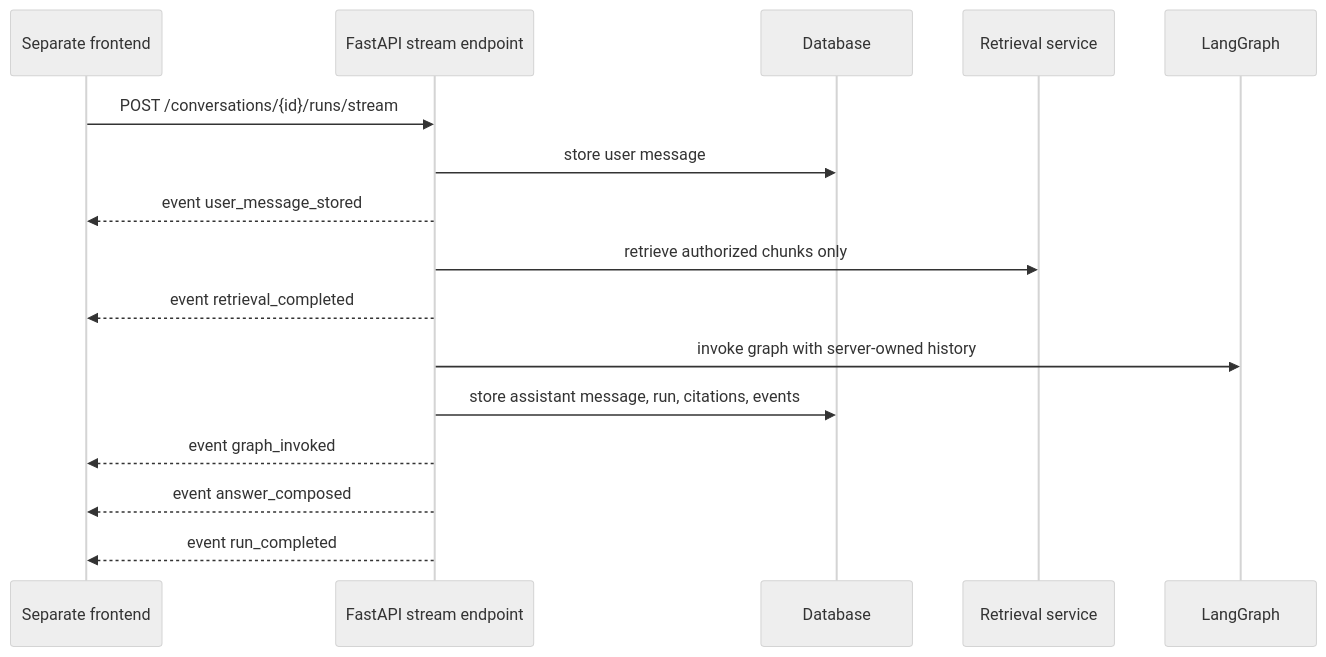
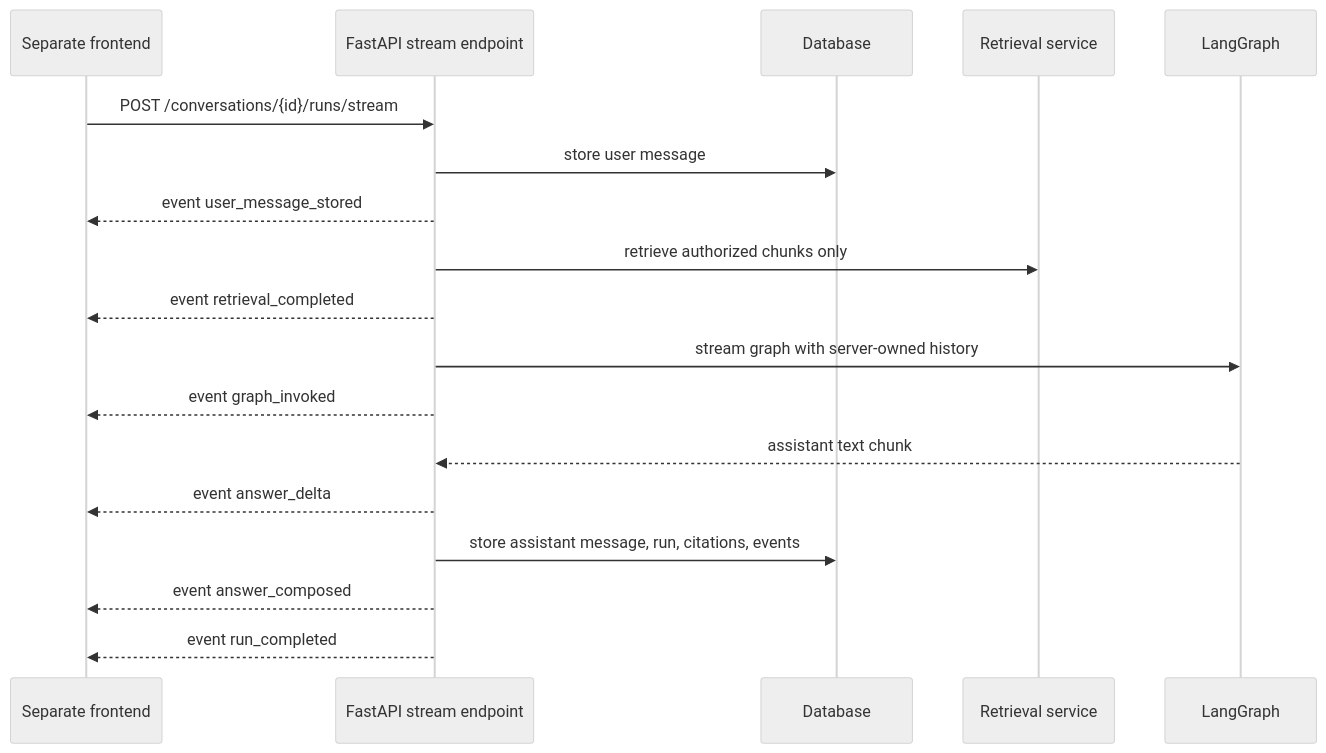
The diagram in docs/portfolio-chat-service/09-http-streaming-frontend-contract.md (heecheon92/my-agents), drawn with Mermaid (neutral theme) before and after one commit. The commit also changed other lines of this file and 7 other files, not shown here.

````diff
--- a/docs/portfolio-chat-service/09-http-streaming-frontend-contract.md
+++ b/docs/portfolio-chat-service/09-http-streaming-frontend-contract.md
@@ -41,19 +41,21 @@
 ```mermaid
 sequenceDiagram
     participant UI as Separate frontend
     participant API as FastAPI stream endpoint
     participant DB as Database
     participant R as Retrieval service
     participant G as LangGraph
 
     UI->>API: POST /conversations/{id}/runs/stream
     API->>DB: store user message
     API-->>UI: event user_message_stored
     API->>R: retrieve authorized chunks only
     API-->>UI: event retrieval_completed
-    API->>G: invoke graph with server-owned history
+    API->>G: stream graph with server-owned history
+    API-->>UI: event graph_invoked
+    G-->>API: assistant text chunk
+    API-->>UI: event answer_delta
     API->>DB: store assistant message, run, citations, events
-    API-->>UI: event graph_invoked
     API-->>UI: event answer_composed
     API-->>UI: event run_completed
 ```
````
